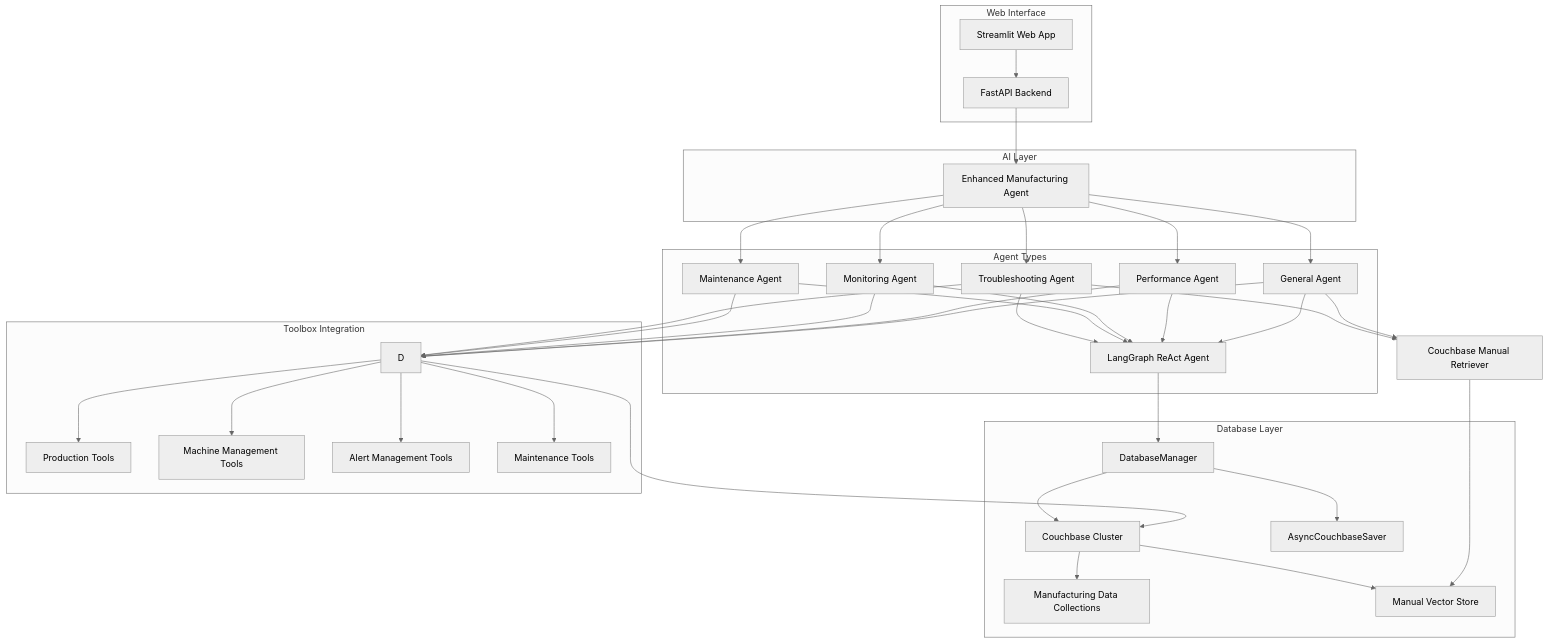
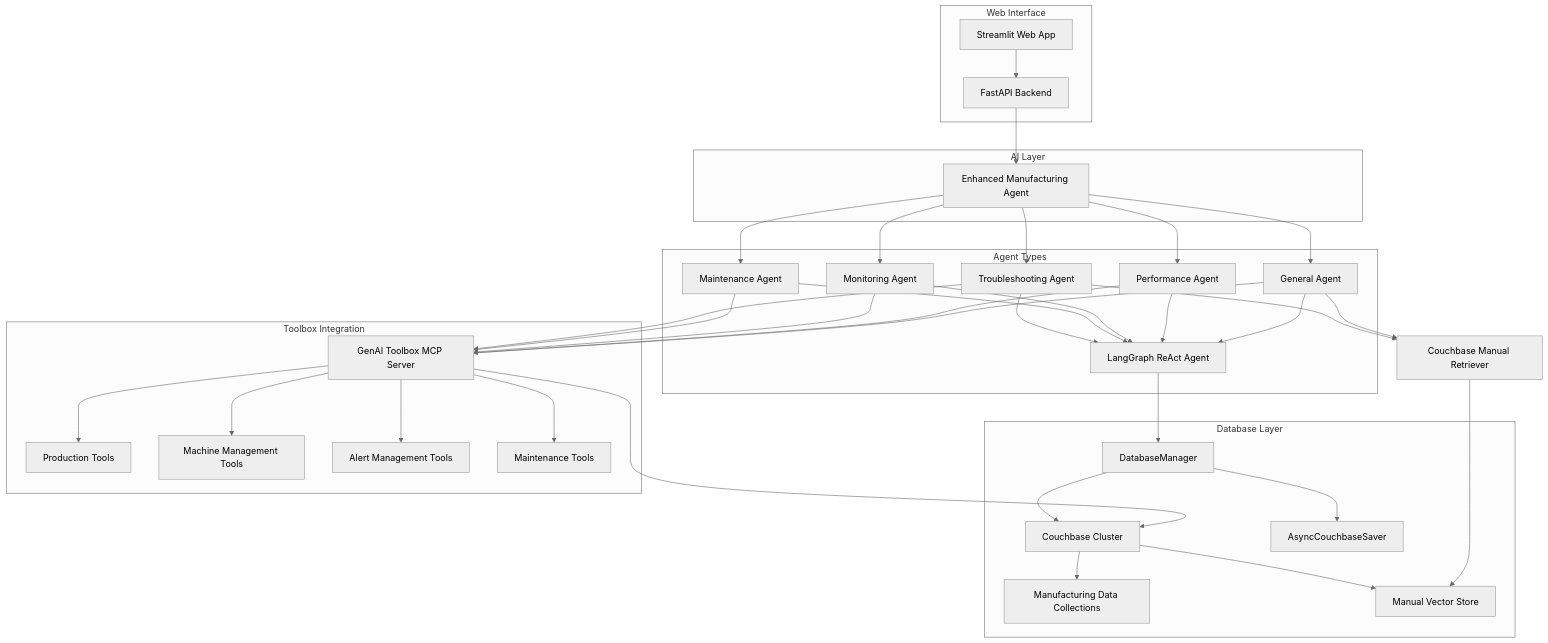
Before and after one commit to couchbase-examples/couchbase-google-mcp-toolbox-demo: the first of 2 diagrams in README.md, drawn with Mermaid (neutral theme).

````diff
--- a/README.md
+++ b/README.md
@@ -20,52 +20,52 @@
 ```mermaid
 graph TB
     subgraph "Web Interface"
         A[Streamlit Web App] --> B[FastAPI Backend]
     end
     
     subgraph "AI Layer"
         B --> C[Enhanced Manufacturing Agent]
     end
     
     subgraph "Agent Types"
         F[Troubleshooting Agent] --> G[LangGraph ReAct Agent]
         H[Maintenance Agent] --> G
         I[Monitoring Agent] --> G
         J[Performance Agent] --> G
         K[General Agent] --> G
     end
     
     subgraph "Database Layer"
         L[DatabaseManager] --> M[Couchbase Cluster]
         L --> N[AsyncCouchbaseSaver]
         M --> O[Manufacturing Data Collections]
         M --> P[Manual Vector Store]
     end
     
     subgraph "Toolbox Integration"
-        D --> Q[Production Tools]
+        D[GenAI Toolbox MCP Server] --> Q[Production Tools]
         D --> R[Machine Management Tools]
         D --> S[Alert Management Tools]
         D --> T[Maintenance Tools]
     end
     
     C --> F
     C --> H
     C --> I
     C --> J
     C --> K
     G --> L
     E[Couchbase Manual Retriever] --> P
     D --> M
 
     %% Agents access toolsets via MCP server
     F --> D
     H --> D
     I --> D
     J --> D
     K --> D
 
     %% Manual search available only to troubleshooting and general agents
     F --> E
     K --> E
 ```
````
